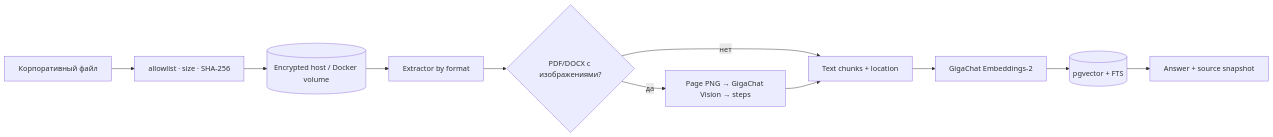
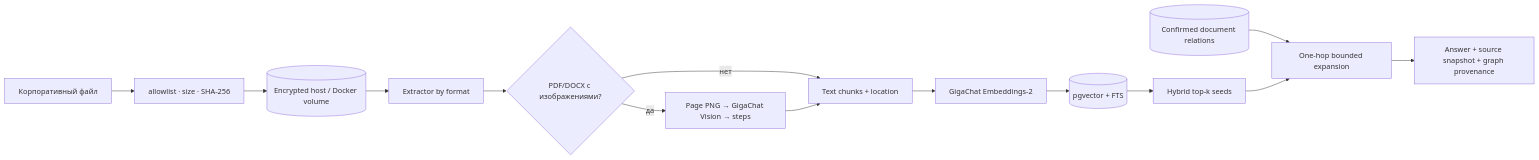
Before and after one commit to TBWTK/corporate-rag: the diagram in docs/DATA.md, drawn with Mermaid. The commit also changed other lines of this file and 21 other files, not shown here.

Commit message:
feat: add confirmed document relations

````diff
--- a/docs/DATA.md
+++ b/docs/DATA.md
@@ -56,13 +62,16 @@
 ```mermaid
 flowchart LR
   File["Корпоративный файл"] --> Validate["allowlist · size · SHA-256"]
   Validate --> Raw[("Encrypted host / Docker volume")]
   Raw --> Extract["Extractor by format"]
   Extract --> Visual{"PDF/DOCX с изображениями?"}
   Visual -->|да| Render["Page PNG → GigaChat Vision → steps"]
   Visual -->|нет| Chunk["Text chunks + location"]
   Render --> Chunk
   Chunk --> Embed["GigaChat Embeddings-2"]
   Embed --> Index[("pgvector + FTS")]
-  Index --> Answer["Answer + source snapshot"]
+  Index --> Seeds["Hybrid top-k seeds"]
+  Relations[("Confirmed document relations")] --> Expand["One-hop bounded expansion"]
+  Seeds --> Expand
+  Expand --> Answer["Answer + source snapshot + graph provenance"]
 ```
````
